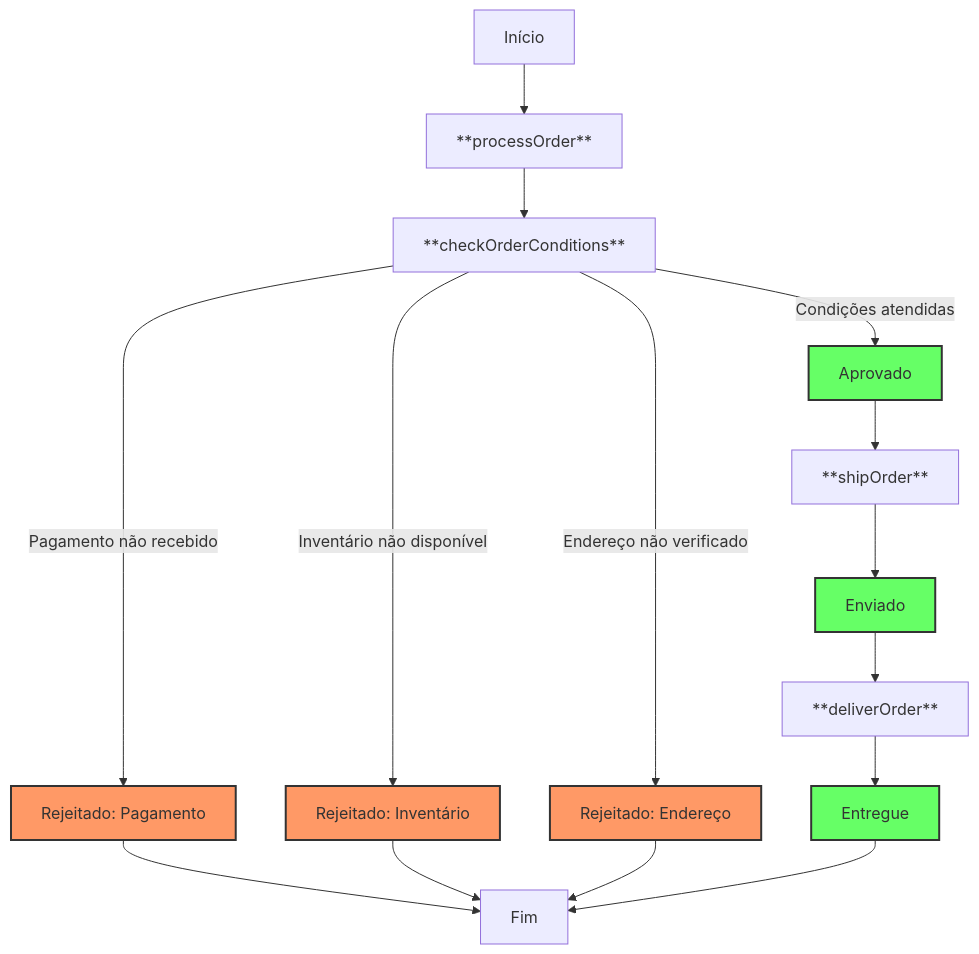
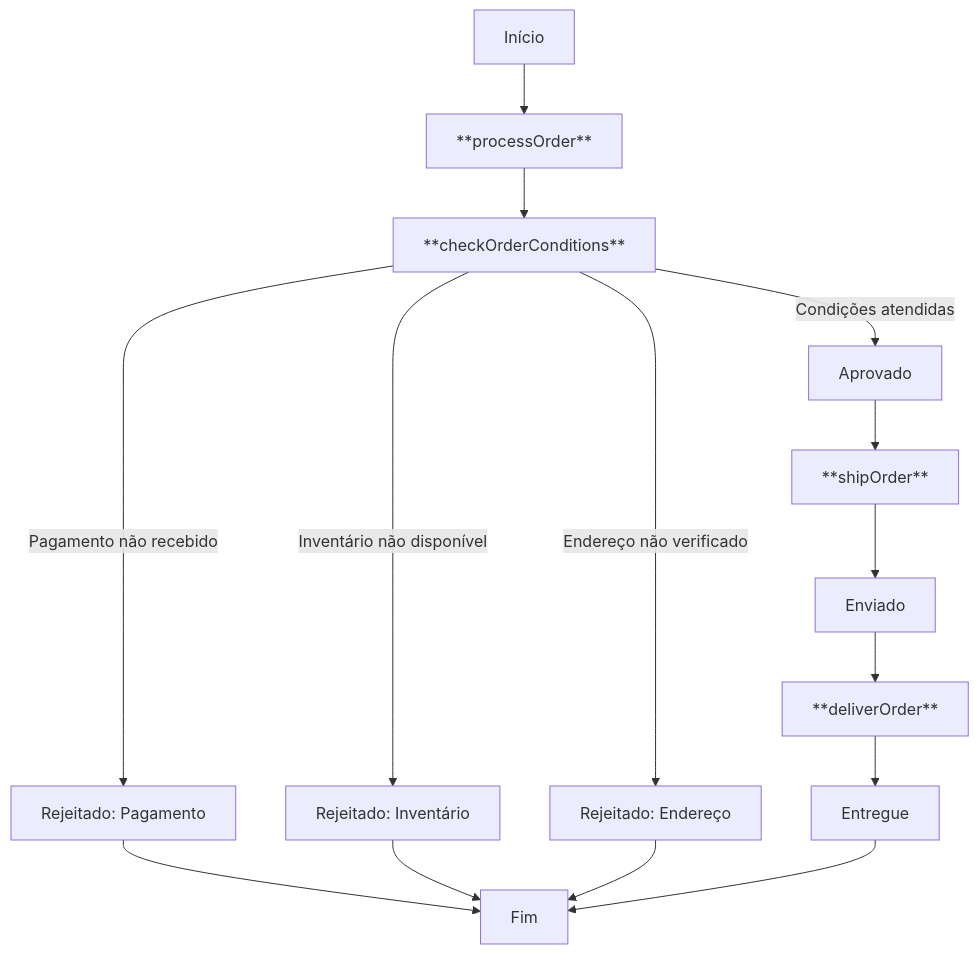
The diagram in README.md (Kaiofprates/stack_spot_examples), drawn with Mermaid before and after one commit. The commit also changed 6 other files, not shown here.

````diff
--- a/README.md
+++ b/README.md
@@ -3,24 +3,17 @@
 ```mermaid
 flowchart TD
     A[Início] --> B[**processOrder**]
     B --> C[**checkOrderConditions**]
     C -->|Pagamento não recebido| D[Rejeitado: Pagamento]
     C -->|Inventário não disponível| E[Rejeitado: Inventário]
     C -->|Endereço não verificado| F[Rejeitado: Endereço]
     C -->|Condições atendidas| G[Aprovado]
     G --> H[**shipOrder**]
     H --> I[Enviado]
     I --> J[**deliverOrder**]
     J --> K[Entregue]
     D --> L[Fim]
     E --> L
     F --> L
     K --> L
-
-    style D fill:#f96,stroke:#333,stroke-width:2px
-    style E fill:#f96,stroke:#333,stroke-width:2px
-    style F fill:#f96,stroke:#333,stroke-width:2px
-    style G fill:#6f6,stroke:#333,stroke-width:2px
-    style I fill:#6f6,stroke:#333,stroke-width:2px
-    style K fill:#6f6,stroke:#333,stroke-width:2px
 ```
````
